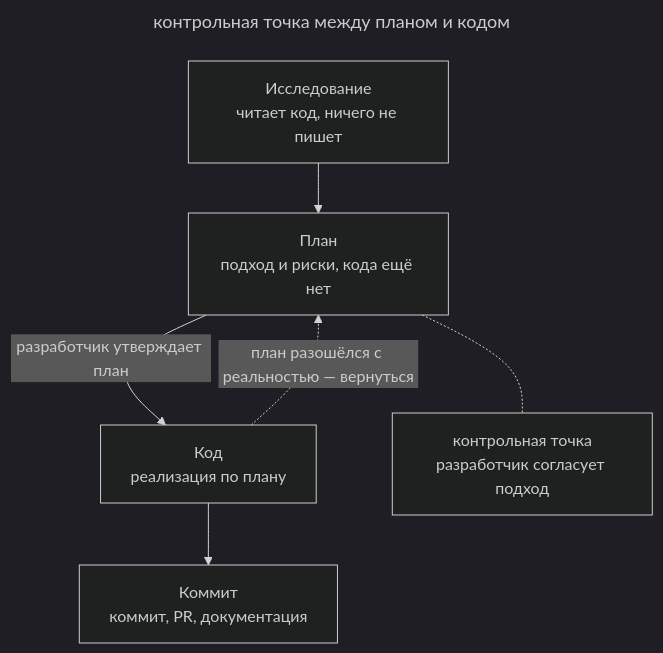
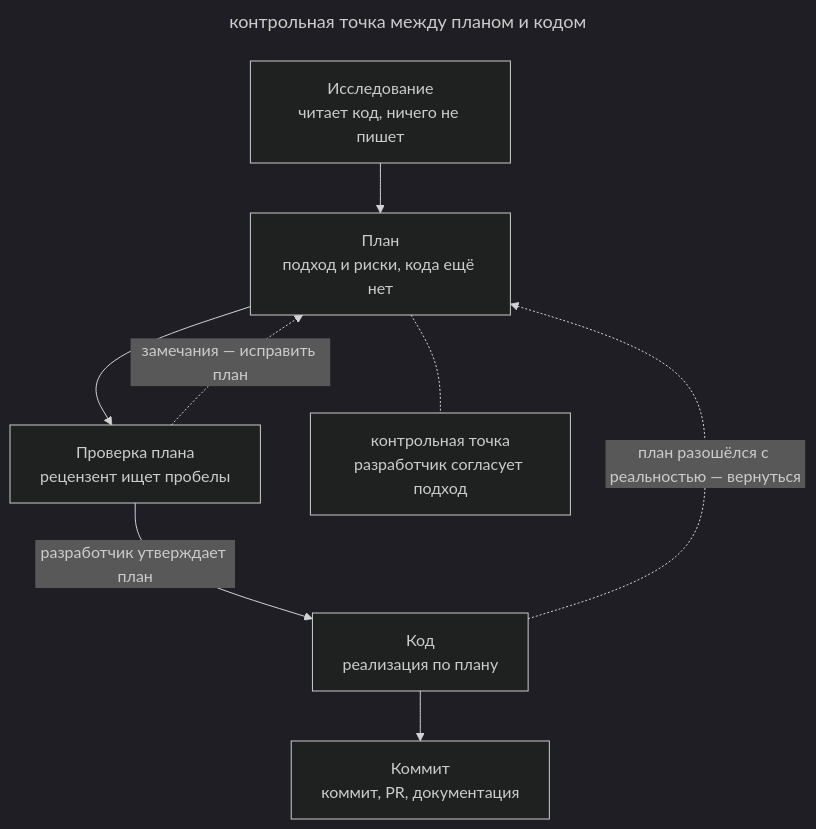
One commit to Rastavelli/agentic-coding-design-patterns changed the diagram in book/ru/explore-plan-code-commit.md. Above: the diagram before and after it, drawn with Mermaid (dark theme). The commit also changed other lines of this file and 2 other files, not shown here.

Commit message:
docs: add agent review of the plan to four phases

````diff
--- a/book/ru/explore-plan-code-commit.md
+++ b/book/ru/explore-plan-code-commit.md
@@ -37,16 +37,19 @@
 ```mermaid
 ---
 title: контрольная точка между планом и кодом
 ---
 flowchart TB
   explore["Исследование<br/>читает код, ничего не пишет"]
   plan["План<br/>подход и риски, кода ещё нет"]
+  check["Проверка плана<br/>рецензент ищет пробелы"]:::muted
   code["Код<br/>реализация по плану"]
   commit["Коммит<br/>коммит, PR, документация"]
   explore --> plan
-  plan -- "разработчик утверждает план" --> code
+  plan --> check
+  check -. "замечания — исправить план" .-> plan
+  check -- "разработчик утверждает план" --> code
   code --> commit
   code -. "план разошёлся с реальностью — вернуться" .-> plan
   gate["контрольная точка<br/>разработчик согласует подход"]:::warn
   plan -.- gate
 ```
````
